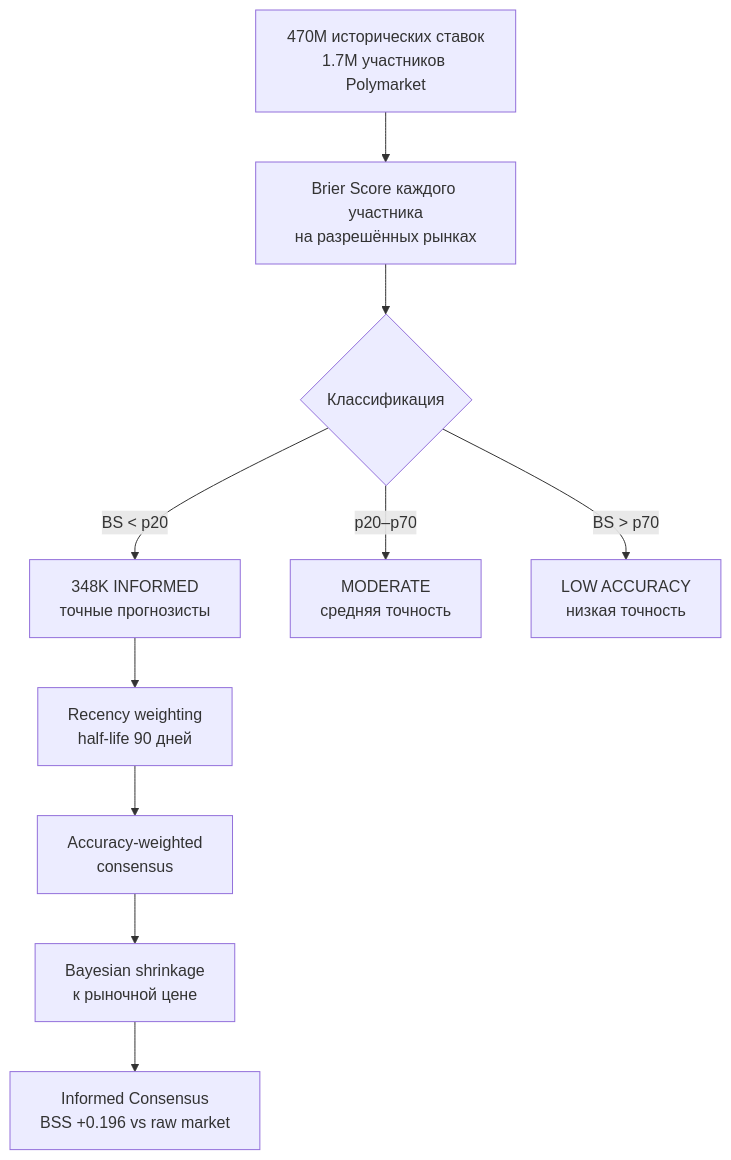
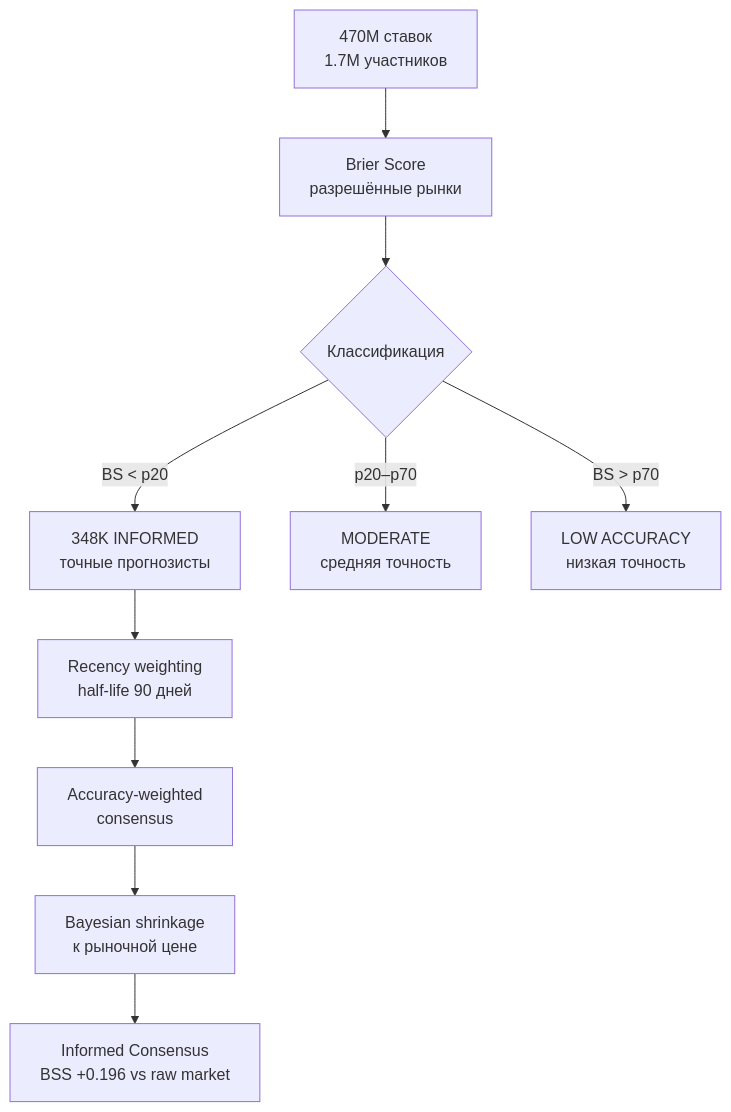
The second of 2 diagrams in README.md (Antopkin/delphi-press), drawn with Mermaid before and after one commit. The commit also changed other lines of this file and 1 other file, not shown here.

First line of the commit message:
fix: shorten Mermaid labels, re-render KaTeX inside details blocks

````diff
--- a/README.md
+++ b/README.md
@@ -165,12 +165,12 @@
 ```mermaid
 flowchart TD
-    A["470M исторических ставок<br/>1.7M участников Polymarket"] --> B["Brier Score каждого участника<br/>на разрешённых рынках"]
+    A["470M ставок<br/>1.7M участников"] --> B["Brier Score<br/>разрешённые рынки"]
     B --> C{"Классификация"}
     C -->|"BS < p20"| D["348K INFORMED<br/>точные прогнозисты"]
     C -->|"p20–p70"| E["MODERATE<br/>средняя точность"]
     C -->|"BS > p70"| F["LOW ACCURACY<br/>низкая точность"]
     D --> G["Recency weighting<br/>half-life 90 дней"]
     G --> H["Accuracy-weighted<br/>consensus"]
     H --> I["Bayesian shrinkage<br/>к рыночной цене"]
     I --> J["Informed Consensus<br/>BSS +0.196 vs raw market"]
 ```
````
